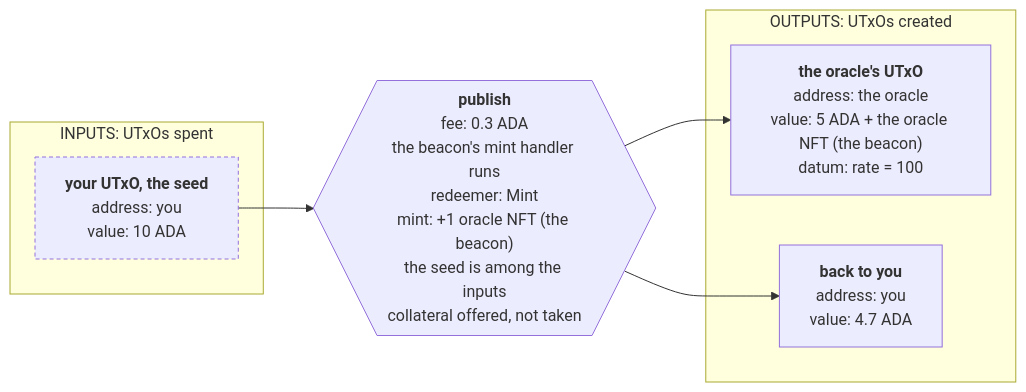
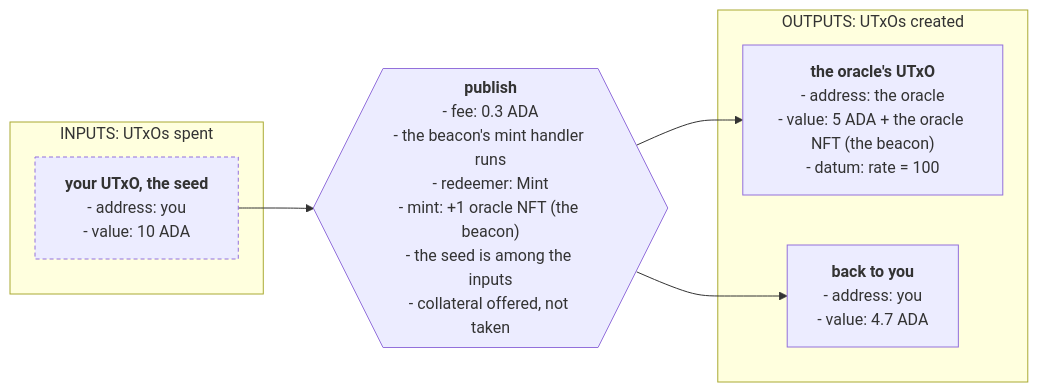
One commit to cardano-foundation/developer-portal changed the fourth of 5 diagrams in docs/developers/onboarding/lectures/intermediate/12-modifying-state.md. Above: the diagram before and after it, drawn with Mermaid. The commit also changed other lines of this file and 8 other files, not shown here.

````diff
--- a/docs/developers/onboarding/lectures/intermediate/12-modifying-state.md
+++ b/docs/developers/onboarding/lectures/intermediate/12-modifying-state.md
@@ -176,31 +164,31 @@
 ```mermaid
 flowchart LR
     subgraph IN["INPUTS: UTxOs spent"]
         I["`**your UTxO, the seed**
-        address: you
-        value: 10 ADA`"]
+        - address: you
+        - value: 10 ADA`"]
     end
 
     TX{{"`**publish**
-    fee: 0.3 ADA
-    the beacon's mint handler runs
-    redeemer: Mint
-    mint: +1 oracle NFT (the beacon)
-    the seed is among the inputs
-    collateral offered, not taken`"}}
+    - fee: 0.3 ADA
+    - the beacon's mint handler runs
+    - redeemer: Mint
+    - mint: +1 oracle NFT (the beacon)
+    - the seed is among the inputs
+    - collateral offered, not taken`"}}
 
     subgraph OUT["OUTPUTS: UTxOs created"]
         O1["`**the oracle's UTxO**
-        address: the oracle
-        value: 5 ADA + the oracle NFT (the beacon)
-        datum: rate = 100`"]
+        - address: the oracle
+        - value: 5 ADA + the oracle NFT (the beacon)
+        - datum: rate = 100`"]
         O2["`**back to you**
-        address: you
-        value: 4.7 ADA`"]
+        - address: you
+        - value: 4.7 ADA`"]
     end
 
     I --> TX --> O1
     TX --> O2
 
     style I stroke-dasharray:4 3
 ```
````
